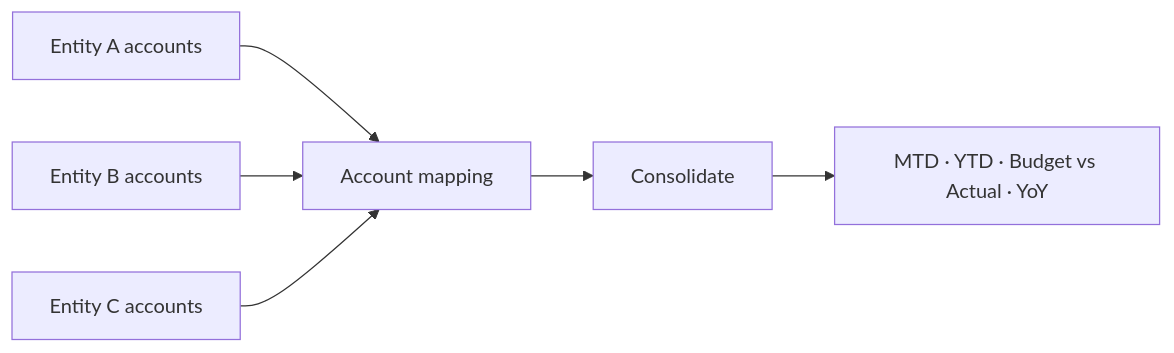
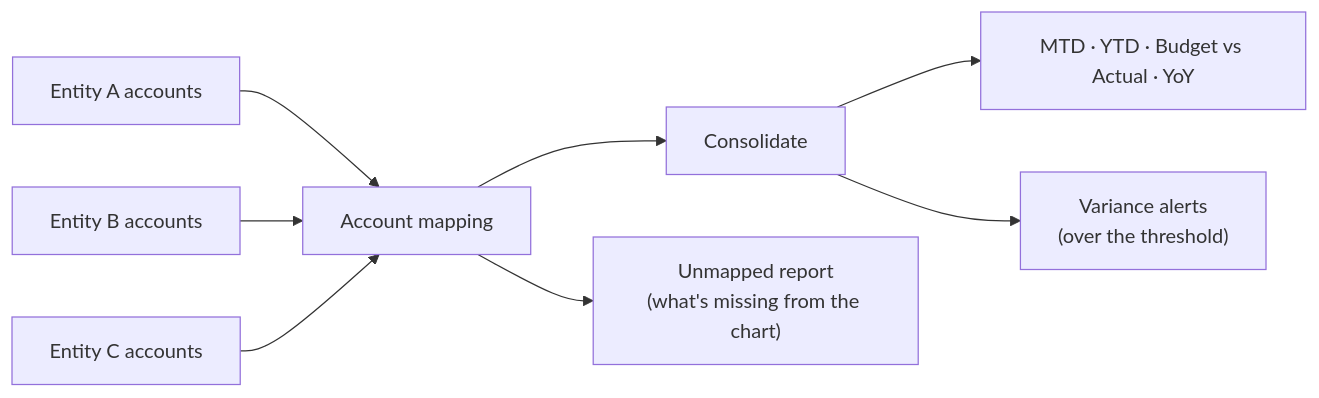
One commit to derekgallardo01/powerbi-fabric-consolidation changed the diagram in README.md. Above: the diagram before and after it, drawn with Mermaid. The commit also changed other lines of this file and 11 other files, not shown here.

First line of the commit message:
Add unmapped-account report, per-entity breakdown, variance alerts, eval harness, CLI, and docs

````diff
--- a/README.md
+++ b/README.md
@@ -19,8 +33,10 @@
 ```mermaid
 flowchart LR
     E1["Entity A accounts"] --> M["Account mapping"]
     E2["Entity B accounts"] --> M
     E3["Entity C accounts"] --> M
     M --> C["Consolidate"]
     C --> R["MTD · YTD · Budget vs Actual · YoY"]
+    M --> U["Unmapped report<br/>(what's missing from the chart)"]
+    C --> A["Variance alerts<br/>(over the threshold)"]
 ```
````
